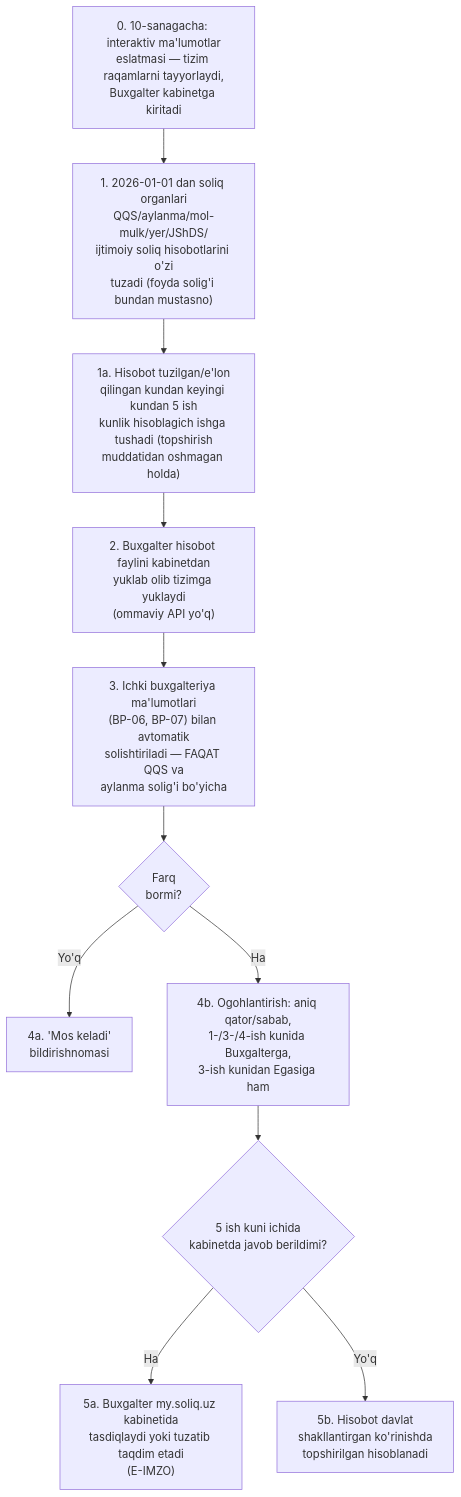
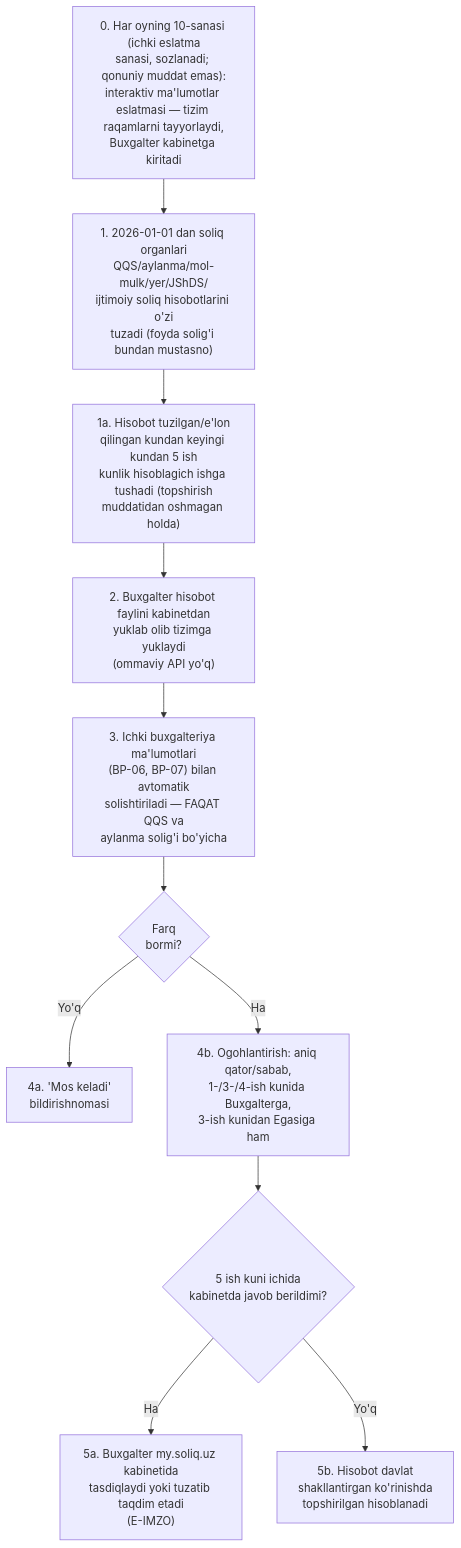
One commit to hasanoff507/erp changed the eighth of 15 diagrams in spec/kod-uchun/04-biznes-jarayonlar.md. Above: the diagram before and after it, drawn with Mermaid. The commit also changed other lines of this file and 47 other files, not shown here.

````diff
--- a/spec/kod-uchun/04-biznes-jarayonlar.md
+++ b/spec/kod-uchun/04-biznes-jarayonlar.md
@@ -224,13 +225,13 @@
 ```mermaid
 flowchart TD
     A["1. 2026-01-01 dan soliq organlari\nQQS/aylanma/mol-mulk/yer/JShDS/\nijtimoiy soliq hisobotlarini o'zi\ntuzadi (foyda solig'i bundan mustasno)"] --> A1["1a. Hisobot tuzilgan/e'lon\nqilingan kundan keyingi kundan 5 ish\nkunlik hisoblagich ishga tushadi (topshirish\nmuddatidan oshmagan holda)"]
-    A0["0. 10-sanagacha: interaktiv ma'lumotlar\neslatmasi — tizim raqamlarni tayyorlaydi,\nBuxgalter kabinetga kiritadi"] --> A
+    A0["0. Har oyning 10-sanasi (ichki eslatma\nsanasi, sozlanadi; qonuniy muddat emas):\ninteraktiv ma'lumotlar eslatmasi — tizim raqamlarni tayyorlaydi,\nBuxgalter kabinetga kiritadi"] --> A
     A1 --> B["2. Buxgalter hisobot faylini kabinetdan\nyuklab olib tizimga yuklaydi\n(ommaviy API yo'q)"]
     B --> C["3. Ichki buxgalteriya ma'lumotlari\n(BP-06, BP-07) bilan avtomatik\nsolishtiriladi — FAQAT QQS va\naylanma solig'i bo'yicha"]
     C --> D{"Farq\nbormi?"}
     D -- "Yo'q" --> E["4a. 'Mos keladi'\nbildirishnomasi"]
     D -- "Ha" --> F["4b. Ogohlantirish: aniq qator/sabab,\n1-/3-/4-ish kunida Buxgalterga,\n3-ish kunidan Egasiga ham"]
     F --> G{"5 ish kuni ichida\nkabinetda javob berildimi?"}
     G -- "Ha" --> H["5a. Buxgalter my.soliq.uz kabinetida\ntasdiqlaydi yoki tuzatib taqdim etadi\n(E-IMZO)"]
     G -- "Yo'q" --> I["5b. Hisobot davlat\nshakllantirgan ko'rinishda\ntopshirilgan hisoblanadi"]
 ```
````
